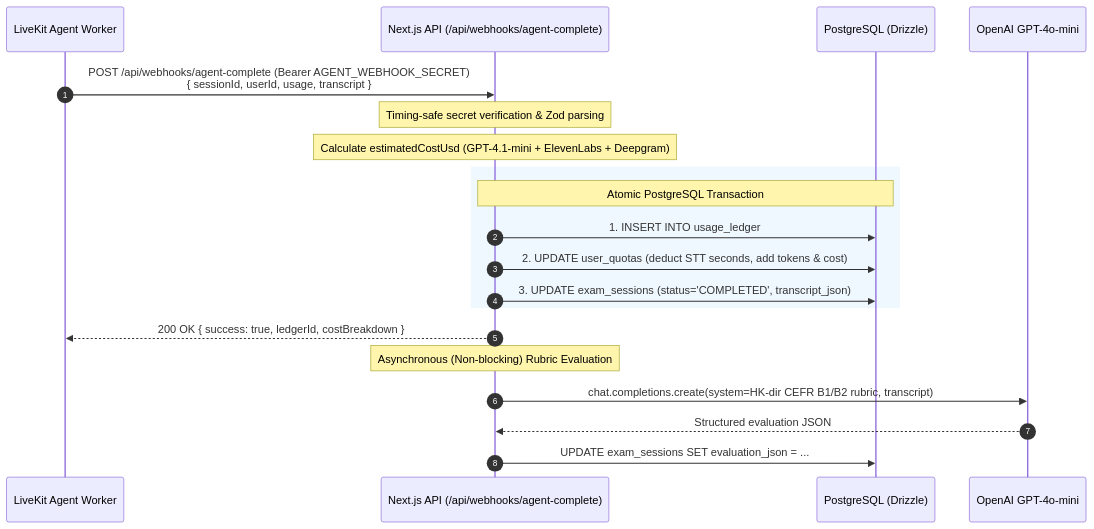
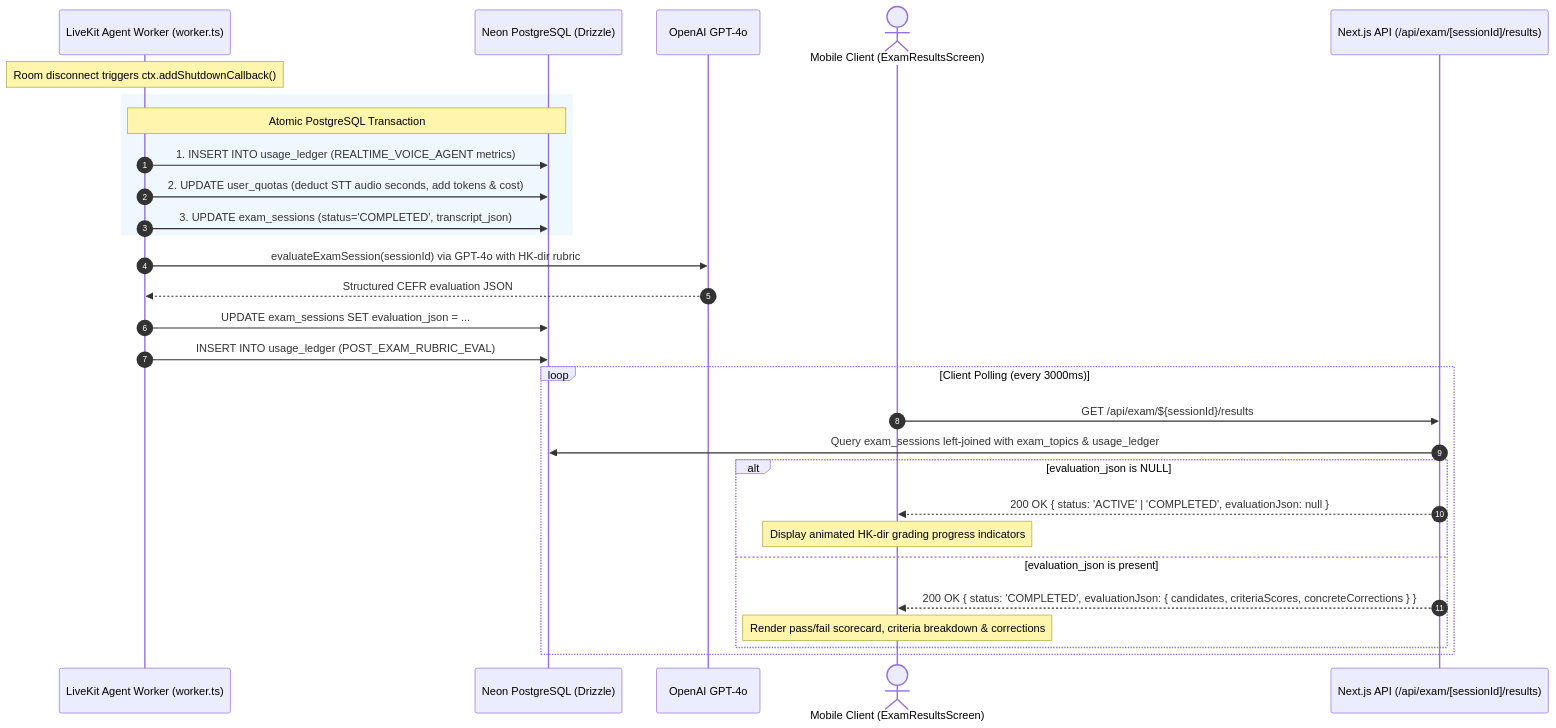
Before and after one commit to mujtabanaqvi/norsk-app: the third of 3 diagrams in docs/ARCHITECTURE.md, drawn with Mermaid. The commit also changed other lines of this file and 13 other files, not shown here.

````diff
--- a/docs/ARCHITECTURE.md
+++ b/docs/ARCHITECTURE.md
@@ -99,26 +116,35 @@
 ```mermaid
 sequenceDiagram
     autonumber
-    participant Agent as LiveKit Agent Worker
-    participant ControlPlane as Next.js API (/api/webhooks/agent-complete)
-    participant DB as PostgreSQL (Drizzle)
-    participant OpenAI as OpenAI GPT-4o-mini
+    participant Agent as LiveKit Agent Worker (worker.ts)
+    participant DB as Neon PostgreSQL (Drizzle)
+    participant OpenAI as OpenAI GPT-4o
+    actor Candidate as Mobile Client (ExamResultsScreen)
+    participant ControlPlane as Next.js API (/api/exam/[sessionId]/results)
 
-    Agent->>ControlPlane: POST /api/webhooks/agent-complete (Bearer AGENT_WEBHOOK_SECRET)<br/>{ sessionId, userId, usage, transcript }
-    Note over ControlPlane: Timing-safe secret verification & Zod parsing
-    Note over ControlPlane: Calculate estimatedCostUsd (GPT-4.1-mini + ElevenLabs + Deepgram)
+    Note over Agent: Room disconnect triggers ctx.addShutdownCallback()
     
     rect rgb(240, 248, 255)
-        Note over ControlPlane,DB: Atomic PostgreSQL Transaction
-        ControlPlane->>DB: 1. INSERT INTO usage_ledger
-        ControlPlane->>DB: 2. UPDATE user_quotas (deduct STT seconds, add tokens & cost)
-        ControlPlane->>DB: 3. UPDATE exam_sessions (status='COMPLETED', transcript_json)
+        Note over Agent,DB: Atomic PostgreSQL Transaction
+        Agent->>DB: 1. INSERT INTO usage_ledger (REALTIME_VOICE_AGENT metrics)
+        Agent->>DB: 2. UPDATE user_quotas (deduct STT audio seconds, add tokens & cost)
+        Agent->>DB: 3. UPDATE exam_sessions (status='COMPLETED', transcript_json)
     end
 
-    ControlPlane-->>Agent: 200 OK { success: true, ledgerId, costBreakdown }
-    
-    Note over ControlPlane: Asynchronous (Non-blocking) Rubric Evaluation
-    ControlPlane->>OpenAI: chat.completions.create(system=HK-dir CEFR B1/B2 rubric, transcript)
-    OpenAI-->>ControlPlane: Structured evaluation JSON
-    ControlPlane->>DB: UPDATE exam_sessions SET evaluation_json = ...
+    Agent->>OpenAI: evaluateExamSession(sessionId) via GPT-4o with HK-dir rubric
+    OpenAI-->>Agent: Structured CEFR evaluation JSON
+    Agent->>DB: UPDATE exam_sessions SET evaluation_json = ...
+    Agent->>DB: INSERT INTO usage_ledger (POST_EXAM_RUBRIC_EVAL)
+
+    loop Client Polling (every 3000ms)
+        Candidate->>ControlPlane: GET /api/exam/${sessionId}/results
+        ControlPlane->>DB: Query exam_sessions left-joined with exam_topics & usage_ledger
+        alt evaluation_json is NULL
+            ControlPlane-->>Candidate: 200 OK { status: 'ACTIVE' | 'COMPLETED', evaluationJson: null }
+            Note over Candidate: Display animated HK-dir grading progress indicators
+        else evaluation_json is present
+            ControlPlane-->>Candidate: 200 OK { status: 'COMPLETED', evaluationJson: { candidates, criteriaScores, concreteCorrections } }
+            Note over Candidate: Render pass/fail scorecard, criteria breakdown & corrections
+        end
+    end
 ```
````
